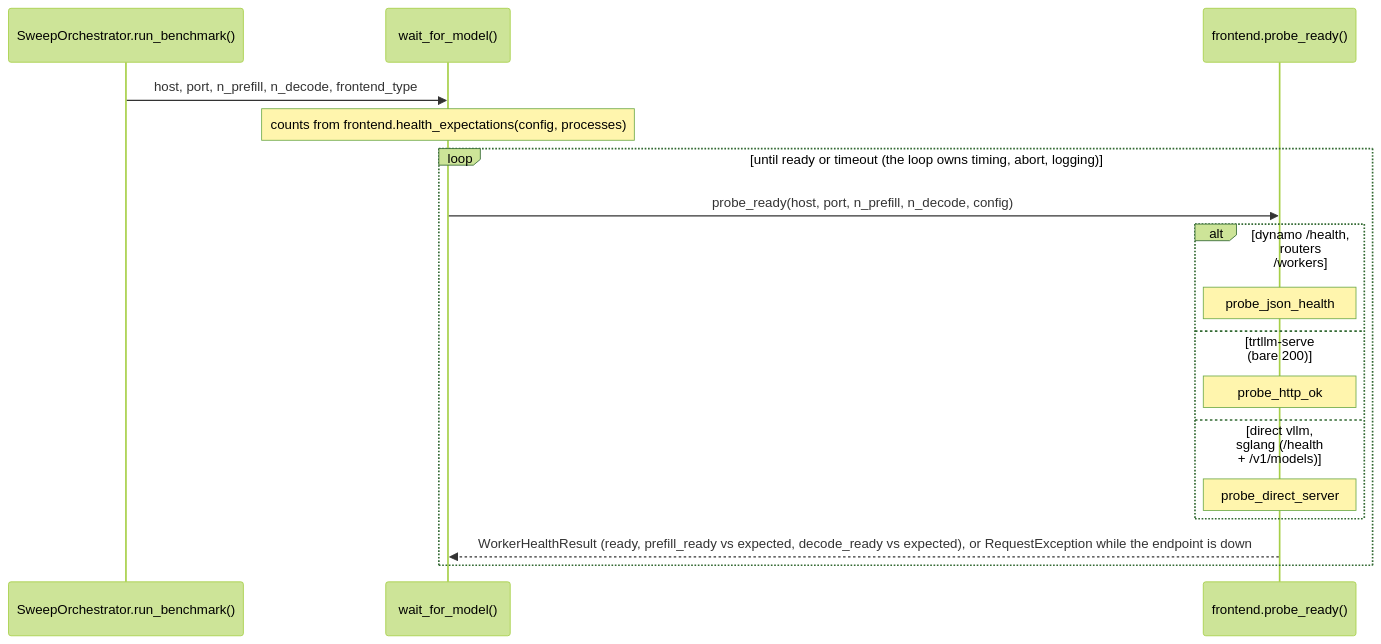
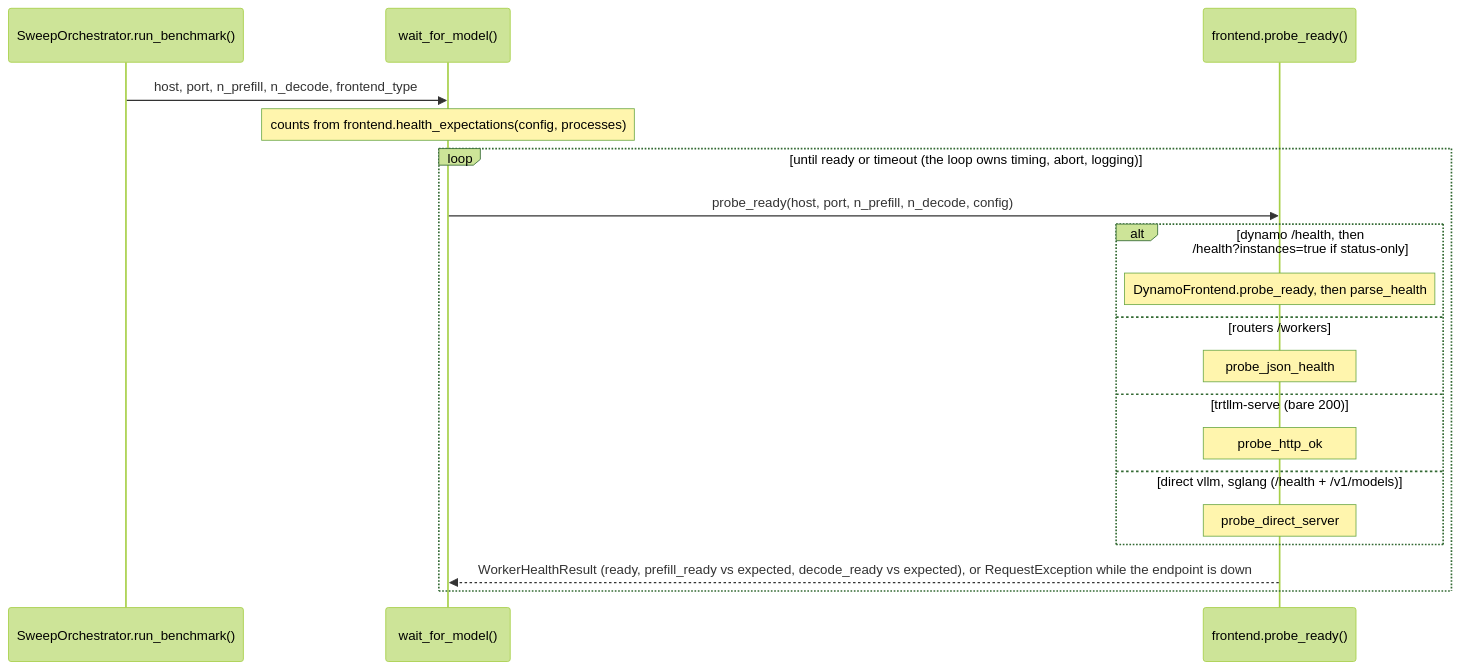
The seventh of 11 diagrams in docs/architecture.md (Ankur-singh/srt-slurm), drawn with Mermaid (forest theme) before and after one commit. The commit also changed other lines of this file and 2 other files, not shown here.

Commit message:
fix(dynamo): fall back to /health?instances=true when /health is status-only (#629)
* fix(dynamo): fall back to /health?instances=true when /health is status-only

Dynamo frontends since ai-dynamo/dynamo#16454 (a789babbe3) answer /health
with {"status": "healthy", "stage": "ready"} and list registered instances
only for /health?instances=true. srtctl counted workers from that list, so
readiness never completed and the job waited until its health-check timeout.

DynamoFrontend.probe_ready now reads /health as before and, when the body
has no "instances" key, reads /health?instances=true. Older frontends still
get a single /health request.

* docs(dynamo): describe the /health instance-listing probe

Update the parse_health docstring and the architecture diagrams: Dynamo
readiness reads the /health instance listing, asking /health?instances=true
when /health is status-only, through DynamoFrontend.probe_ready rather than
probe_json_health.

---------

````diff
--- a/docs/architecture.md
+++ b/docs/architecture.md
@@ -506,19 +506,21 @@
 ```mermaid
 sequenceDiagram
     participant orch as SweepOrchestrator.run_benchmark()
     participant wait as wait_for_model()
     participant fe as frontend.probe_ready()
     orch->>wait: host, port, n_prefill, n_decode, frontend_type
     Note over wait: counts from frontend.health_expectations(config, processes)
     loop until ready or timeout (the loop owns timing, abort, logging)
         wait->>fe: probe_ready(host, port, n_prefill, n_decode, config)
-        alt dynamo /health, routers /workers
+        alt dynamo /health, then /health?instances=true if status-only
+            Note over fe: DynamoFrontend.probe_ready, then parse_health
+        else routers /workers
             Note over fe: probe_json_health
         else trtllm-serve (bare 200)
             Note over fe: probe_http_ok
         else direct vllm, sglang (/health + /v1/models)
             Note over fe: probe_direct_server
         end
         fe-->>wait: WorkerHealthResult (ready, prefill_ready vs expected, decode_ready vs expected), or RequestException while the endpoint is down
     end
 ```
````
